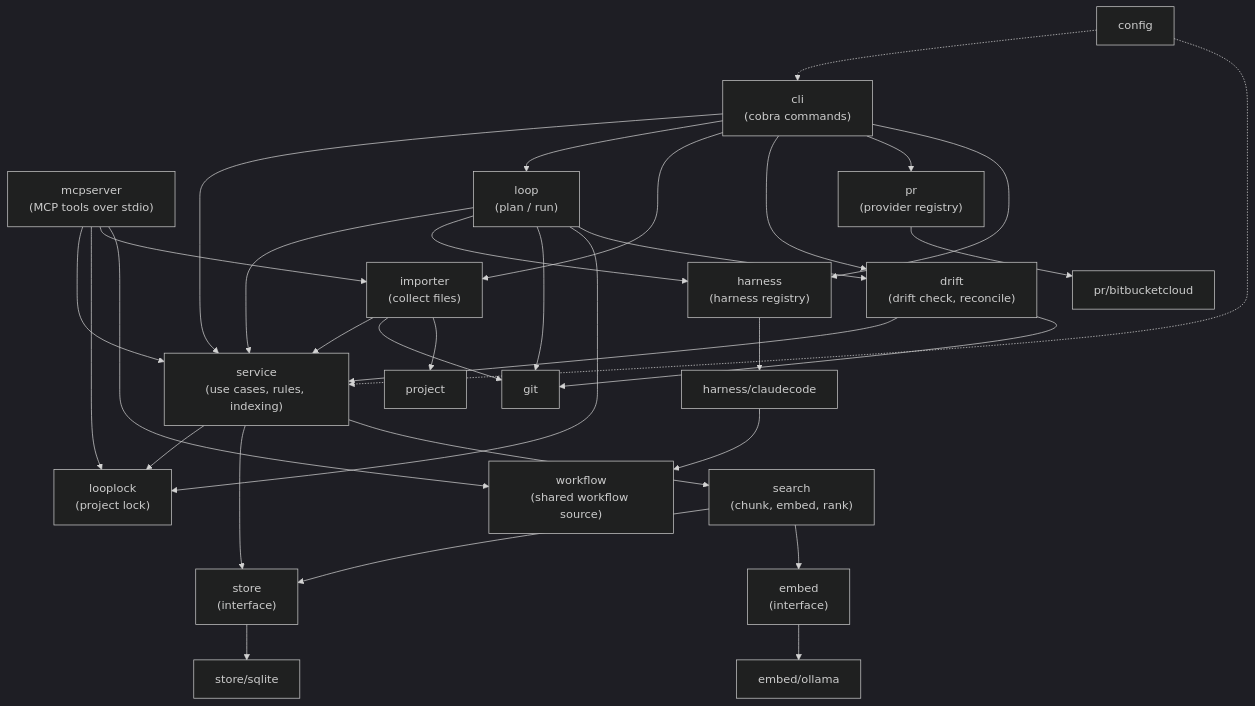
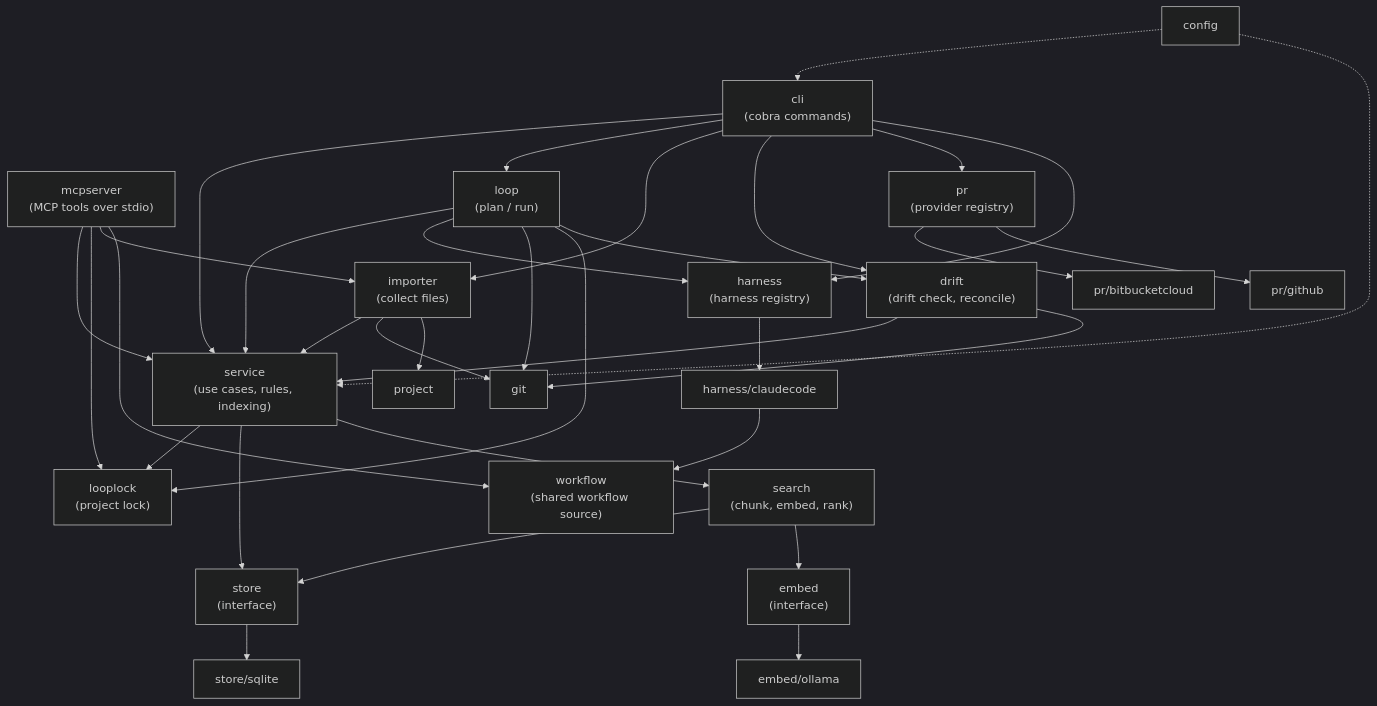
One commit to bengearig/ralph-cli changed the first of 2 diagrams in docs/architecture.md. Above: the diagram before and after it, drawn with Mermaid (dark theme). The commit also changed other lines of this file and 7 other files, not shown here.

First line of the commit message:
[AIN-3628] T-142: Document GitHub setup and update the roadmap and architecture docs

````diff
--- a/docs/architecture.md
+++ b/docs/architecture.md
@@ -7,35 +7,36 @@
 ```mermaid
 flowchart TD
     CLI["cli<br/>(cobra commands)"] --> SVC
     MCP["mcpserver<br/>(MCP tools over stdio)"] --> SVC
     LOOP["loop<br/>(plan / run)"] --> SVC
     LOOP --> H
     LOOP --> GIT["git"]
     LOOP --> LL["looplock<br/>(project lock)"]
     SVC --> LL
     MCP --> LL
     CLI --> LOOP
     CLI --> IMP["importer<br/>(collect files)"]
     MCP --> IMP
     MCP --> WF["workflow<br/>(shared workflow source)"]
     IMP --> SVC
     IMP --> GIT
     IMP --> PRJ["project"]
     CLI --> DRIFT["drift<br/>(drift check, reconcile)"]
     LOOP --> DRIFT
     DRIFT --> SVC
     DRIFT --> GIT
     CLI --> PR["pr<br/>(provider registry)"]
     CLI --> H["harness<br/>(harness registry)"]
     SVC["service<br/>(use cases, rules, indexing)"] --> ST["store<br/>(interface)"]
     SVC --> SR["search<br/>(chunk, embed, rank)"]
     SR --> ST
     SR --> EM["embed<br/>(interface)"]
     ST --> SQL["store/sqlite"]
     EM --> OL["embed/ollama"]
     H --> CC["harness/claudecode"]
     CC --> WF
     PR --> BB["pr/bitbucketcloud"]
+    PR --> GH["pr/github"]
     CFG["config"] -.-> CLI
     CFG -.-> SVC
 ```
````
